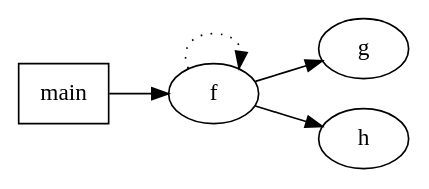
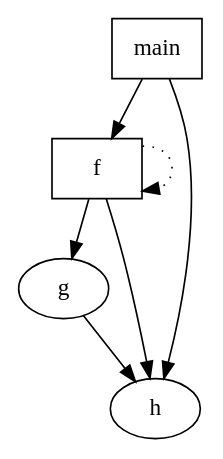
Before and after one commit to SummerGift/nand2everything: the diagram in 10/code/examples/t.dot, drawn with Graphviz. The commit also changed other lines of this file and 37 other files, not shown here.

```diff
--- a/10/code/examples/t.dot
+++ b/10/code/examples/t.dot
@@ -1,7 +1,9 @@
 digraph G {
-    rankdir=LR;
+    rankdir=TD;
     main [shape=box];
-    main -> f -> g;         // main calls f which calls g
+    f [shape=box];
+    main -> f -> g -> h;         // main calls f which calls g
+    main -> h;                // main calls f which calls g
     f -> f [style=dotted] ; // f is recursive
     f -> h;                 // f calls h
 }
```
